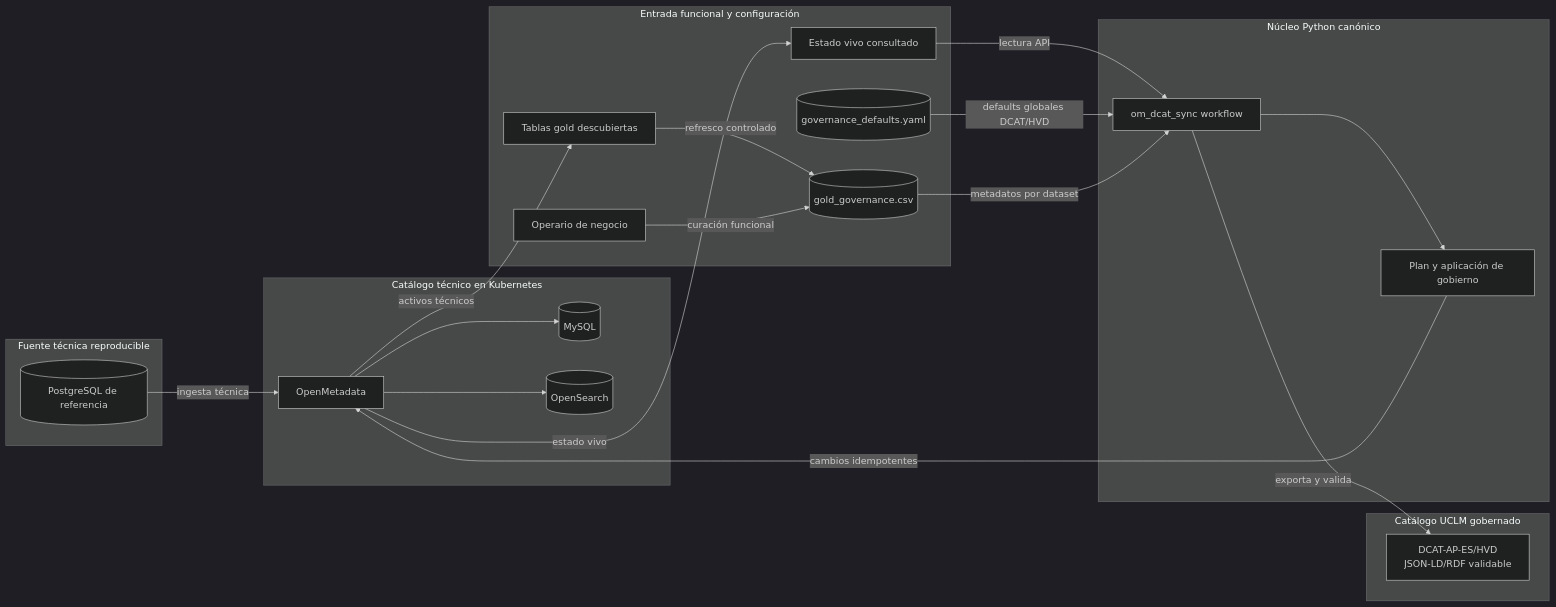
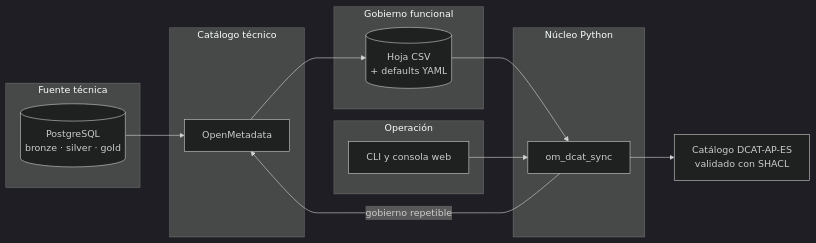
Before and after one commit to AlonsoMarcosM/TFM_Alonso_Marcos_Mu-oz: the first of 13 diagrams in docs/diagramas_mermaid.md, drawn with Mermaid (dark theme). The commit also changed other lines of this file and 36 other files, not shown here.

````diff
--- a/docs/diagramas_mermaid.md
+++ b/docs/diagramas_mermaid.md
@@ -7,43 +7,23 @@
 ```mermaid
 flowchart LR
-  subgraph SRC["Fuente técnica reproducible"]
-    PG[(PostgreSQL de referencia)]
+  subgraph FUENTE["Fuente técnica"]
+    PG[(PostgreSQL<br/>bronze · silver · gold)]
   end
+  subgraph TEC["Catálogo técnico"]
+    OM[OpenMetadata]
+  end
+  subgraph GOB["Gobierno funcional"]
+    SHEET[(Hoja CSV<br/>+ defaults YAML)]
+  end
+  subgraph NUCLEO["Núcleo Python"]
+    CORE[om_dcat_sync]
+  end
+  subgraph OPER["Operación"]
+    UI[CLI y consola web]
+  end
+  OUT[Catálogo DCAT-AP-ES<br/>validado con SHACL]
 
-  subgraph META["Catálogo técnico en Kubernetes"]
-    OM[OpenMetadata]
-    MY[(MySQL)]
-    OS[(OpenSearch)]
-  end
-
-  subgraph INPUT["Entrada funcional y configuración"]
-    DISC[Tablas gold descubiertas]
-    SHEET[(gold_governance.csv)]
-    CFG[(governance_defaults.yaml)]
-    OP[Operario de negocio]
-    STATE[Estado vivo consultado]
-  end
-
-  subgraph CORE["Núcleo Python canónico"]
-    SYNC[om_dcat_sync workflow]
-    APPLY[Plan y aplicación de gobierno]
-  end
-
-  subgraph OUT["Catálogo UCLM gobernado"]
-    CAT[DCAT-AP-ES/HVD<br/>JSON-LD/RDF validable]
-  end
-
-  PG -->|ingesta técnica| OM
-  OM --> MY
-  OM --> OS
-  OM -->|activos técnicos| DISC
-  DISC -->|refresco controlado| SHEET
-  OP -->|curación funcional| SHEET
-  OM -->|estado vivo| STATE
-  STATE -->|lectura API| SYNC
-  CFG -->|defaults globales DCAT/HVD| SYNC
-  SHEET -->|metadatos por dataset| SYNC
-  SYNC --> APPLY
-  APPLY -->|cambios idempotentes| OM
-  SYNC -->|exporta y valida| CAT
+  PG --> OM --> SHEET --> CORE --> OUT
+  CORE -->|gobierno repetible| OM
+  UI --> CORE
 ```
````
